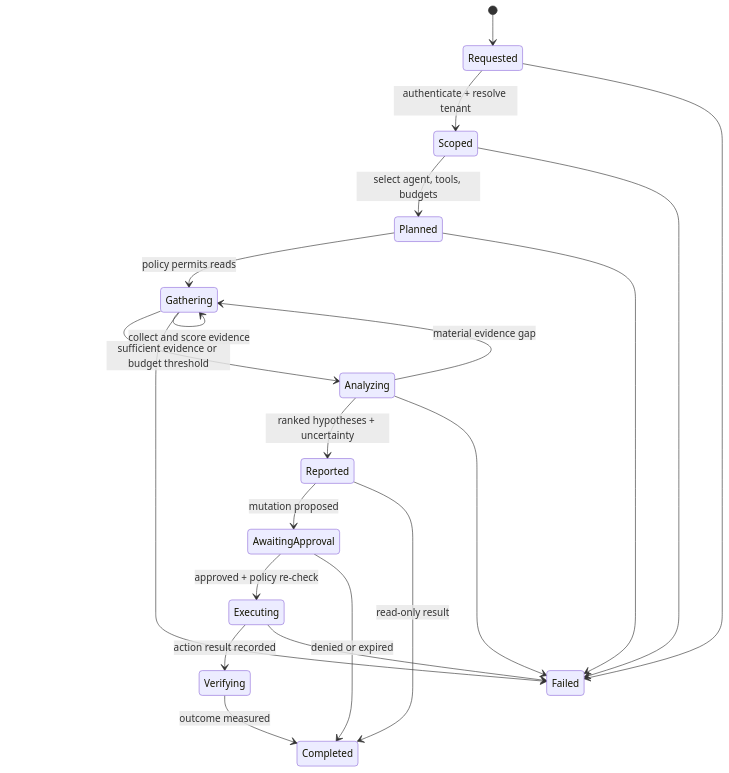
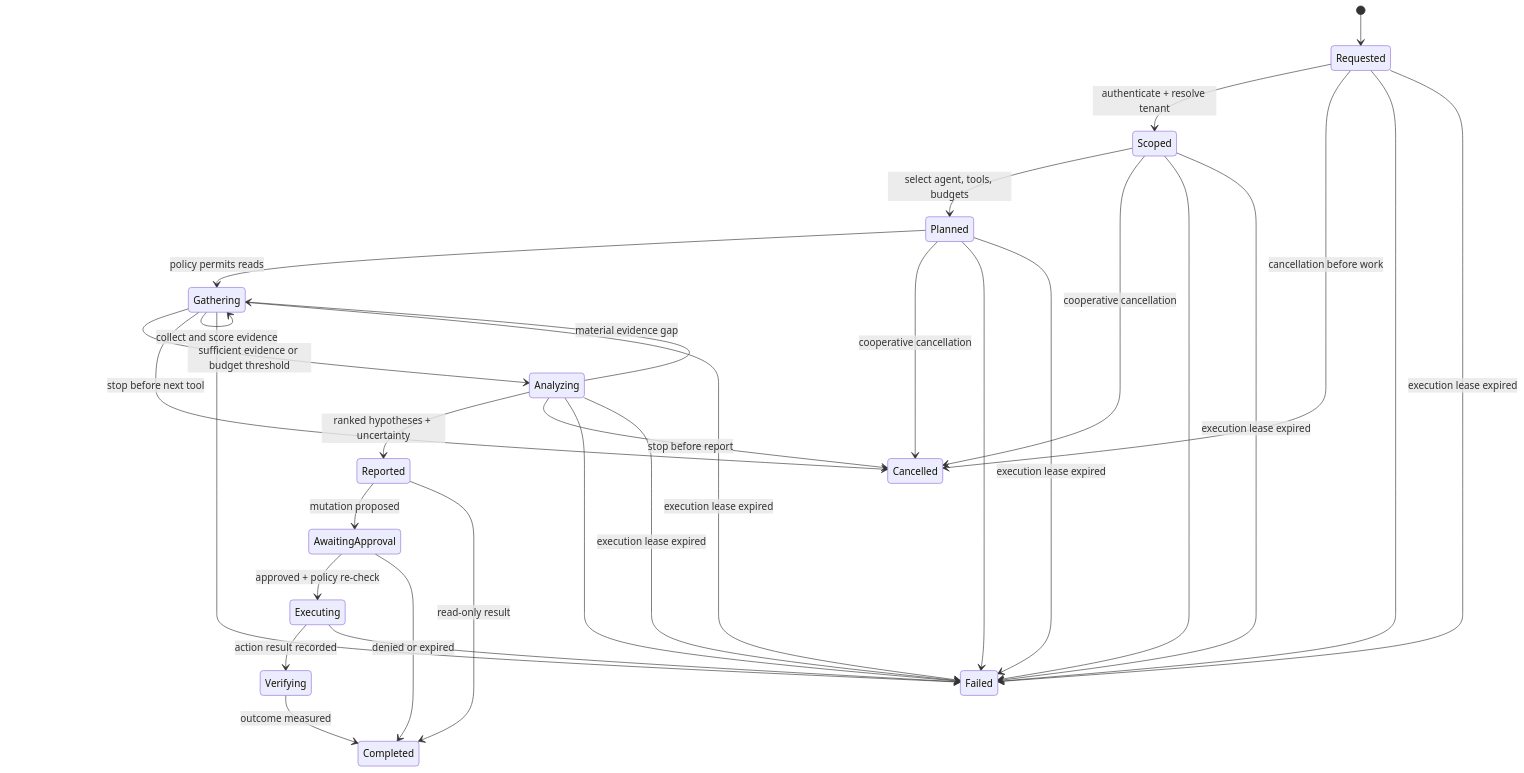
One commit to thedevopshuman/infra-intelligence-platform changed the diagram in docs/architecture/investigation-lifecycle.md. Above: the diagram before and after it, drawn with Mermaid. The commit also changed other lines of this file and 45 other files, not shown here.

````diff
--- a/docs/architecture/investigation-lifecycle.md
+++ b/docs/architecture/investigation-lifecycle.md
@@ -8,23 +8,33 @@
 ```mermaid
 stateDiagram-v2
     [*] --> Requested
     Requested --> Scoped: authenticate + resolve tenant
     Scoped --> Planned: select agent, tools, budgets
     Planned --> Gathering: policy permits reads
     Gathering --> Gathering: collect and score evidence
     Gathering --> Analyzing: sufficient evidence or budget threshold
     Analyzing --> Gathering: material evidence gap
     Analyzing --> Reported: ranked hypotheses + uncertainty
+    Requested --> Cancelled: cancellation before work
+    Scoped --> Cancelled: cooperative cancellation
+    Planned --> Cancelled: cooperative cancellation
+    Gathering --> Cancelled: stop before next tool
+    Analyzing --> Cancelled: stop before report
     Reported --> AwaitingApproval: mutation proposed
     Reported --> Completed: read-only result
     AwaitingApproval --> Executing: approved + policy re-check
     AwaitingApproval --> Completed: denied or expired
     Executing --> Verifying: action result recorded
     Verifying --> Completed: outcome measured
     Requested --> Failed
     Scoped --> Failed
     Planned --> Failed
     Gathering --> Failed
     Analyzing --> Failed
     Executing --> Failed
+    Requested --> Failed: execution lease expired
+    Scoped --> Failed: execution lease expired
+    Planned --> Failed: execution lease expired
+    Gathering --> Failed: execution lease expired
+    Analyzing --> Failed: execution lease expired
 ```
````
